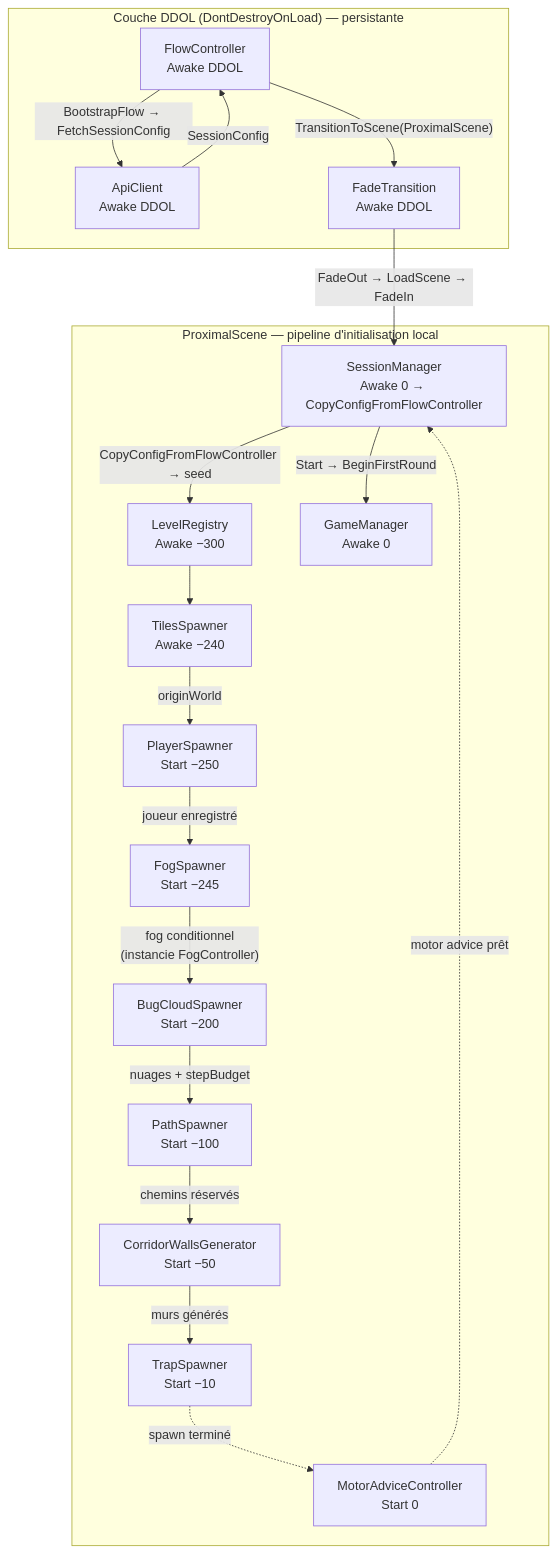
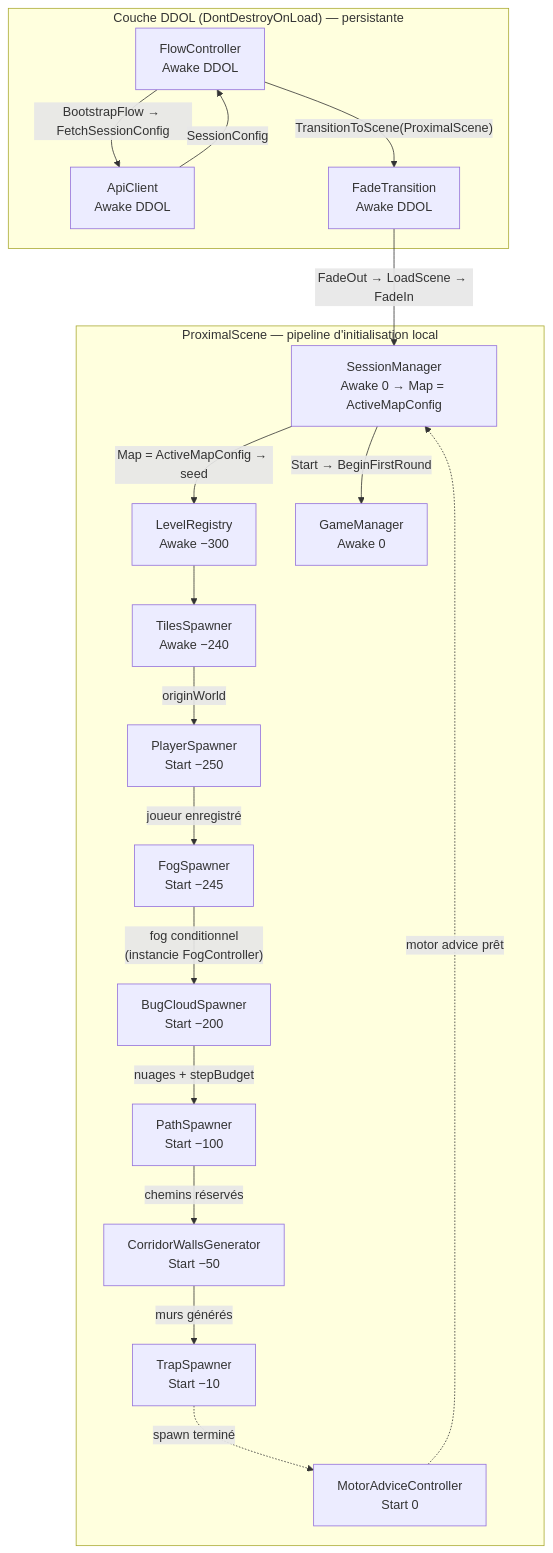
Before and after one commit to PierreChagnon/BUGS: the first of 29 diagrams in Docs/TDD.md, drawn with Mermaid. The commit also changed other lines of this file and 32 other files, not shown here.

Commit message:
section 3: "Architecture / simplification" refacto

````diff
--- a/Docs/TDD.md
+++ b/Docs/TDD.md
@@ -78,39 +78,39 @@
 ```mermaid
 graph TD
     subgraph "Couche DDOL (DontDestroyOnLoad) — persistante"
         FC["FlowController\nAwake DDOL"]
         AC["ApiClient\nAwake DDOL"]
         FT["FadeTransition\nAwake DDOL"]
     end
 
     subgraph "ProximalScene — pipeline d'initialisation local"
         LR["LevelRegistry\nAwake −300"]
         TS["TilesSpawner\nAwake −240"]
         GM["GameManager\nAwake 0"]
         PS["PlayerSpawner\nStart −250"]
         FS["FogSpawner\nStart −245"]
         BCS["BugCloudSpawner\nStart −200"]
         PaS["PathSpawner\nStart −100"]
         CWG["CorridorWallsGenerator\nStart −50"]
         TrS["TrapSpawner\nStart −10"]
         MAC["MotorAdviceController\nStart 0"]
-        SM["SessionManager\nAwake 0 → CopyConfigFromFlowController"]
+        SM["SessionManager\nAwake 0 → Map = ActiveMapConfig"]
     end
 
     FC -->|"BootstrapFlow → FetchSessionConfig"| AC
     AC -->|"SessionConfig"| FC
     FC -->|"TransitionToScene(ProximalScene)"| FT
     FT -->|"FadeOut → LoadScene → FadeIn"| SM
 
-    SM -->|"CopyConfigFromFlowController → seed"| LR
+    SM -->|"Map = ActiveMapConfig → seed"| LR
     LR --> TS
     TS -->|originWorld| PS
     PS -->|joueur enregistré| FS
     FS -->|"fog conditionnel\n(instancie FogController)"| BCS
     BCS -->|nuages + stepBudget| PaS
     PaS -->|chemins réservés| CWG
     CWG -->|murs générés| TrS
     TrS -.->|spawn terminé| MAC
     MAC -.->|"motor advice prêt"| SM
     SM -->|"Start → BeginFirstRound"| GM
 ```
````
